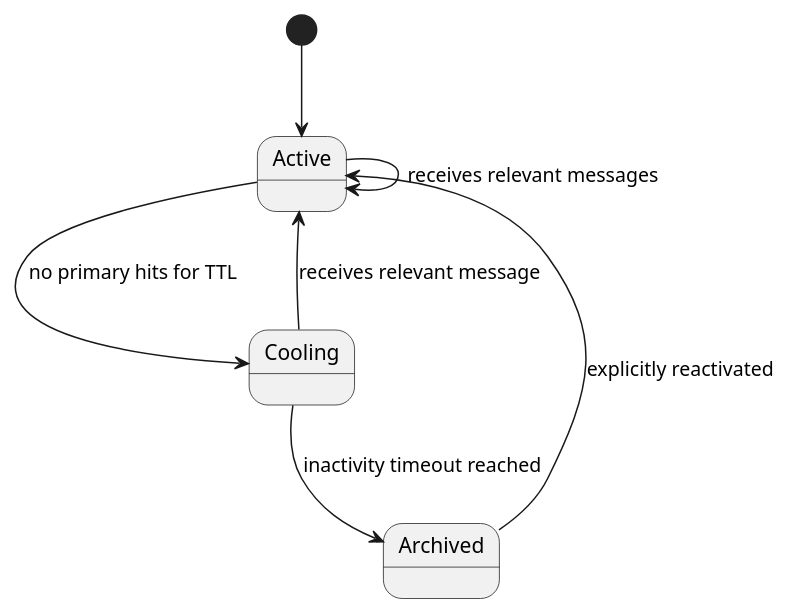
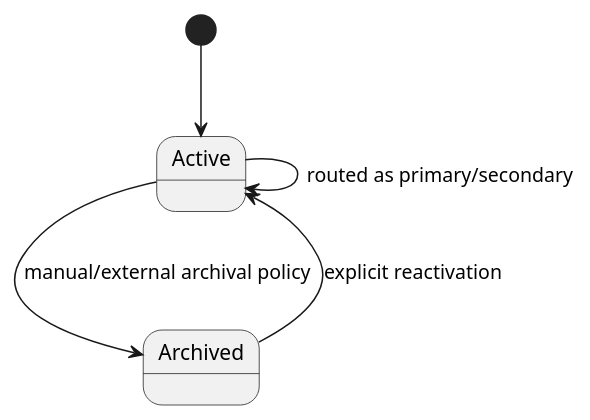
Before and after one commit to manorit2001/opencode-rlm-plugin: the fifth of 5 diagrams in docs/CONTEXT_LANES_ARCHITECTURE.md, drawn with PlantUML. The commit also changed other lines of this file and 1 other file, not shown here.

First line of the commit message:
docs: align architecture UMLs with opencode-first runtime

````diff
--- a/docs/CONTEXT_LANES_ARCHITECTURE.md
+++ b/docs/CONTEXT_LANES_ARCHITECTURE.md
@@ -198,10 +201,8 @@
 ```plantuml
 @startuml
 [*] --> Active
-Active --> Active : receives relevant messages
-Active --> Cooling : no primary hits for TTL
-Cooling --> Active : receives relevant message
-Cooling --> Archived : inactivity timeout reached
-Archived --> Active : explicitly reactivated
+Active --> Active : routed as primary/secondary
+Active --> Archived : manual/external archival policy
+Archived --> Active : explicit reactivation
 @enduml
 ```
````
